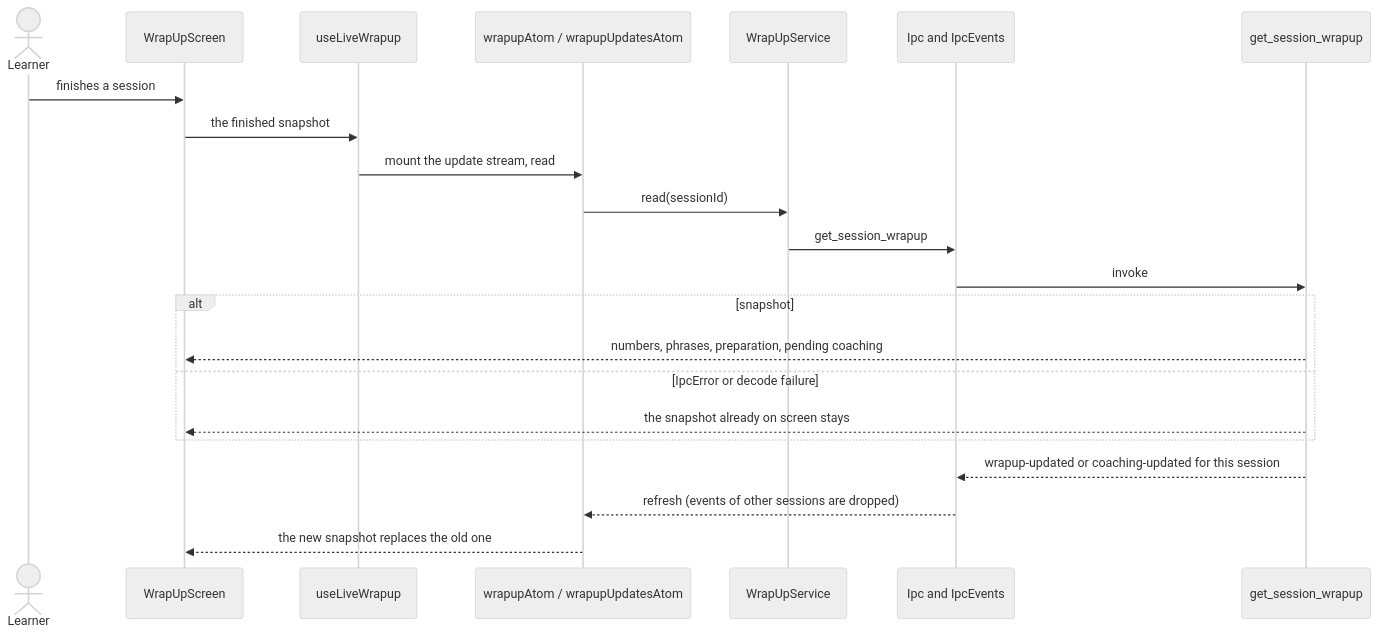
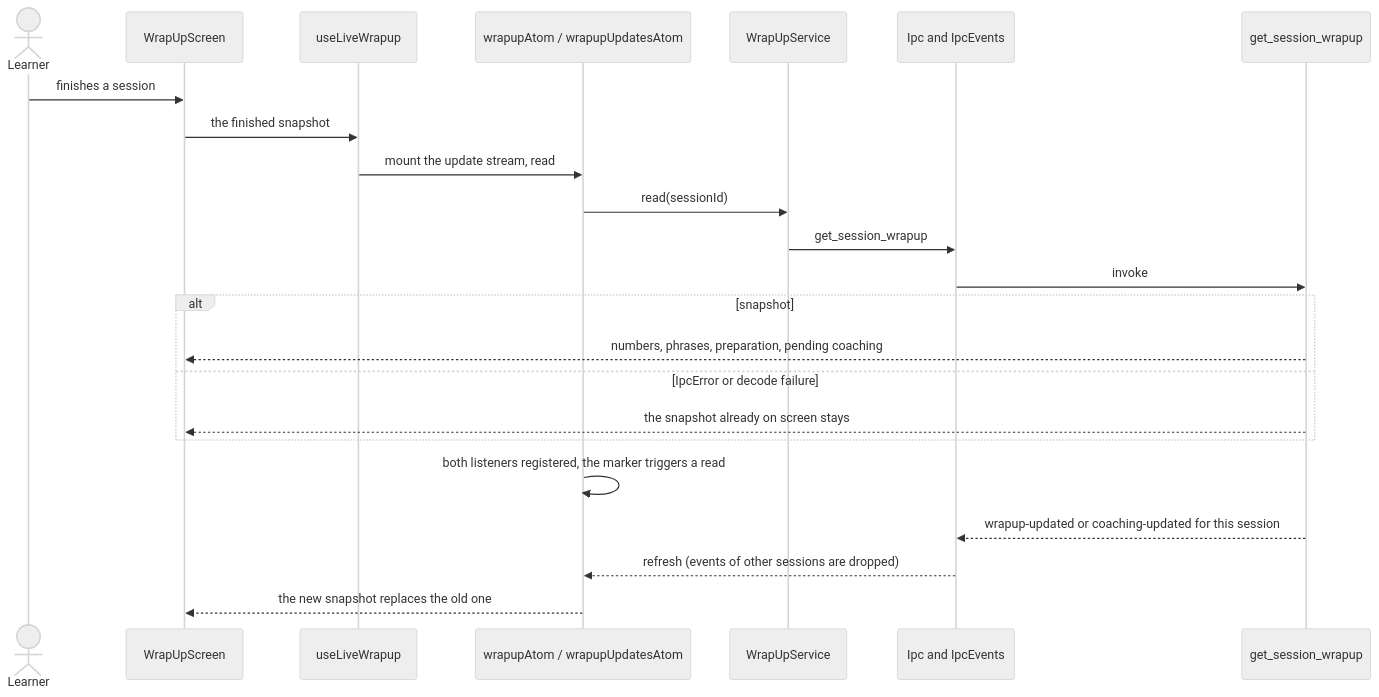
One commit to oleksii-latyshev/english-trainer changed the first of 4 diagrams in src/features/wrap-up/flow.md. Above: the diagram before and after it, drawn with Mermaid (neutral theme). The commit also changed other lines of this file and 7 other files, not shown here.

First line of the commit message:
refactor(ipc): IpcEvents.listenAll marks when listeners are registered, wrap-up reads then (#78)

````diff
--- a/src/features/wrap-up/flow.md
+++ b/src/features/wrap-up/flow.md
@@ -13,25 +13,26 @@
 ```mermaid
 sequenceDiagram
     actor Learner
     participant Screen as WrapUpScreen
     participant Hook as useLiveWrapup
     participant Atoms as wrapupAtom / wrapupUpdatesAtom
     participant Service as WrapUpService
     participant Ipc as Ipc and IpcEvents
     participant Rust as get_session_wrapup
 
     Learner->>Screen: finishes a session
     Screen->>Hook: the finished snapshot
     Hook->>Atoms: mount the update stream, read
     Atoms->>Service: read(sessionId)
     Service->>Ipc: get_session_wrapup
     Ipc->>Rust: invoke
     alt snapshot
         Rust-->>Screen: numbers, phrases, preparation, pending coaching
     else IpcError or decode failure
         Rust-->>Screen: the snapshot already on screen stays
     end
+    Atoms->>Atoms: both listeners registered, the marker triggers a read
     Rust-->>Ipc: wrapup-updated or coaching-updated for this session
     Ipc-->>Atoms: refresh (events of other sessions are dropped)
     Atoms-->>Screen: the new snapshot replaces the old one
 ```
````
